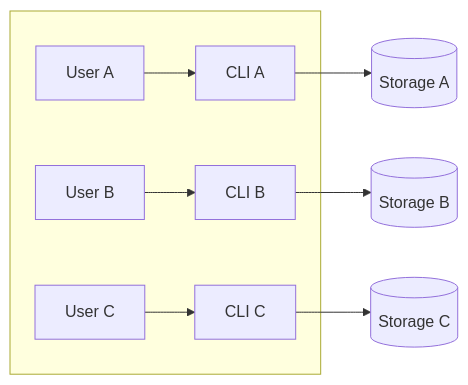
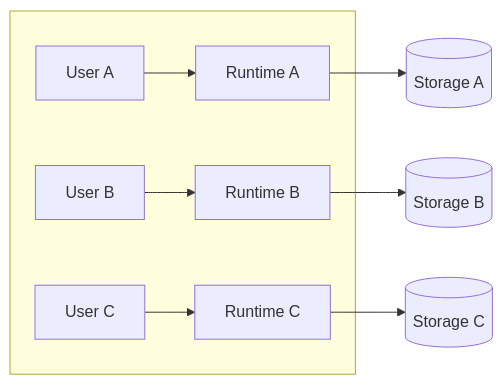
Before and after one commit to jeremiahjordanisaacson/copilot-sdk-supercharged: the fourth of 6 diagrams in docs/features/session-persistence.md, drawn with Mermaid. The commit also changed other lines of this file and 35 other files, not shown here.

````diff
--- a/docs/features/session-persistence.md
+++ b/docs/features/session-persistence.md
@@ -773,11 +773,11 @@
 ```mermaid
 flowchart LR
     subgraph Users[" "]
-        UA[User A] --> CA[CLI A]
-        UB[User B] --> CB[CLI B]
-        UC[User C] --> CC[CLI C]
+        UA[User A] --> CA[Runtime A]
+        UB[User B] --> CB[Runtime B]
+        UC[User C] --> CC[Runtime C]
     end
     CA --> SA[(Storage A)]
     CB --> SB[(Storage B)]
     CC --> SC[(Storage C)]
 ```
````
